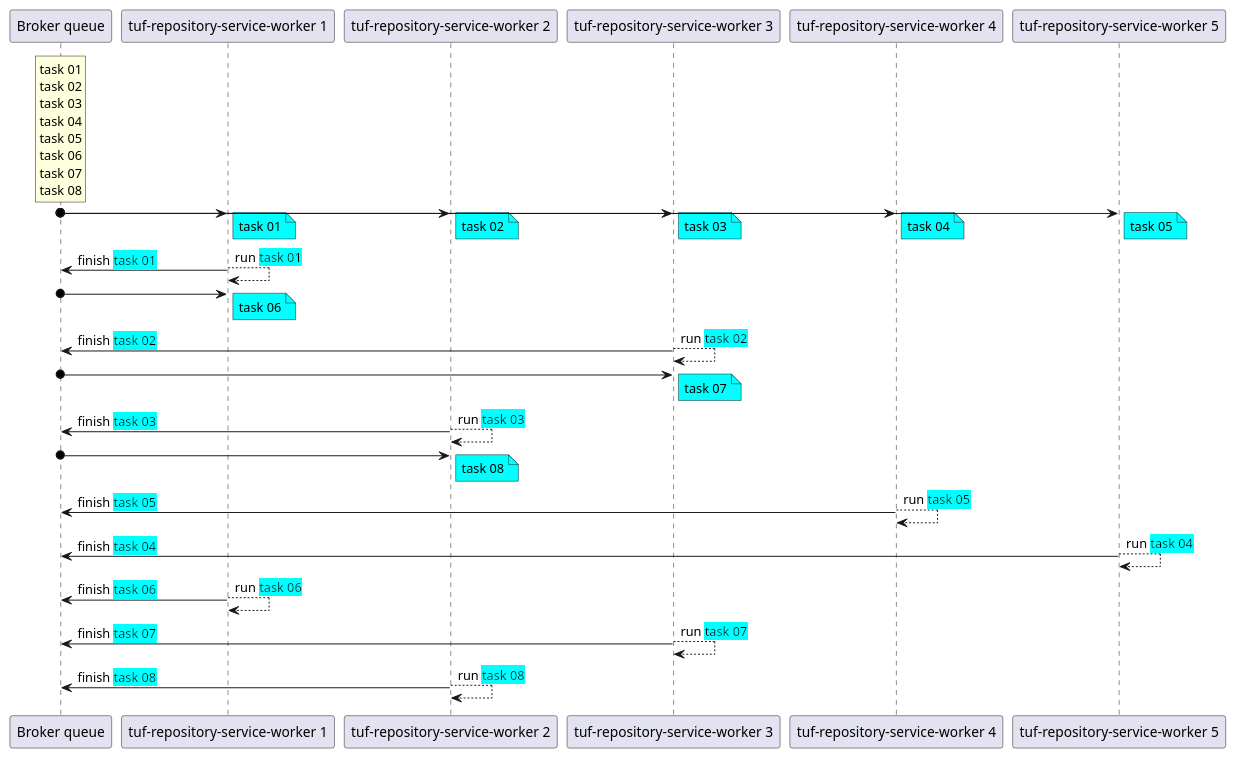
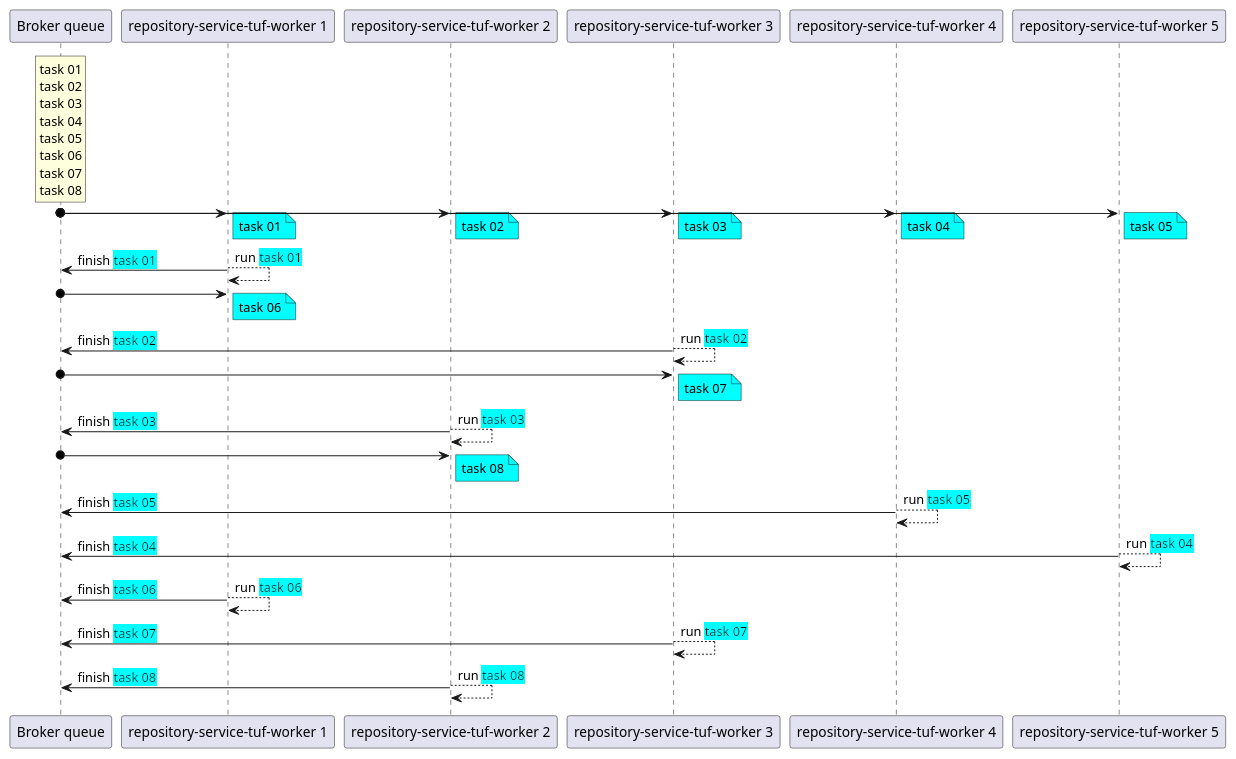
One commit to repository-service-tuf/repository-service-tuf-worker changed the first of 5 diagrams in docs/source/devel/known_issues.rst. Above: the diagram before and after it, drawn with PlantUML. The commit also changed other lines of this file and 42 other files, not shown here.

```diff
--- a/docs/source/devel/known_issues.rst
+++ b/docs/source/devel/known_issues.rst
@@ -25,64 +25,64 @@
 .. uml::
 
     @startuml
     !pragma teoz true
 
     participant "Broker queue" as broker
-    participant "tuf-repository-service-worker 1" as worker1
-    participant "tuf-repository-service-worker 2" as worker2
-    participant "tuf-repository-service-worker 3" as worker3
-    participant "tuf-repository-service-worker 4" as worker4
-    participant "tuf-repository-service-worker 5" as worker5
+    participant "repository-service-tuf-worker 1" as worker1
+    participant "repository-service-tuf-worker 2" as worker2
+    participant "repository-service-tuf-worker 3" as worker3
+    participant "repository-service-tuf-worker 4" as worker4
+    participant "repository-service-tuf-worker 5" as worker5
 
     rnote over broker
     task 01
     task 02
     task 03
     task 04
     task 05
     task 06
     task 07
     task 08
     endrnote
 
     broker o-> worker1
     note right #cyan: task 01
     &broker o-> worker2
     note right #cyan: task 02
     &broker o-> worker3
     note right #cyan: task 03
     &broker o-> worker4
     note right #cyan: task 04
     &broker o-> worker5
     note right #cyan: task 05
 
     worker1 --> worker1: run <back:cyan>task 01</back>
     & worker1 -> broker: finish <back:cyan>task 01</back>
     broker o-> worker1
     note right #cyan: task 06
 
     worker3 --> worker3: run <back:cyan>task 02</back>
     & worker3 -> broker: finish <back:cyan>task 02</back>
     broker o-> worker3
     note right #cyan: task 07
 
     worker2 --> worker2: run <back:cyan>task 03</back>
     & worker2 -> broker: finish <back:cyan>task 03</back>
     broker o-> worker2
     note right #cyan: task 08
 
     worker4 --> worker4: run <back:cyan>task 05</back>
     & worker4 -> broker: finish <back:cyan>task 05</back>
 
     worker5 --> worker5: run <back:cyan>task 04</back>
     & worker5 -> broker: finish <back:cyan>task 04</back>
 
     worker1 --> worker1: run <back:cyan>task 06</back>
     & worker1 -> broker: finish <back:cyan>task 06</back>
 
     worker3 --> worker3: run <back:cyan>task 07</back>
     & worker3 -> broker: finish <back:cyan>task 07</back>
 
     worker2 --> worker2: run <back:cyan>task 08</back>
     & worker2 -> broker: finish <back:cyan>task 08</back>
     @enduml
```
